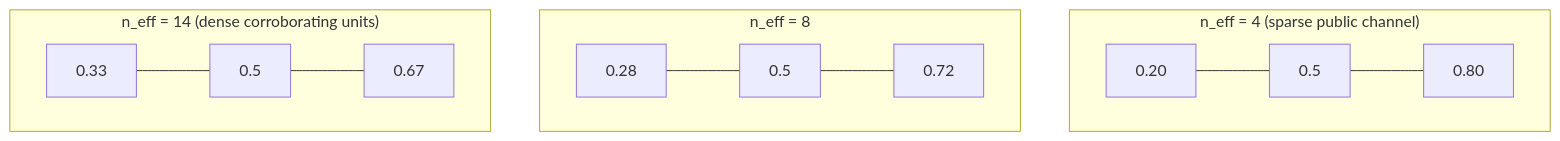
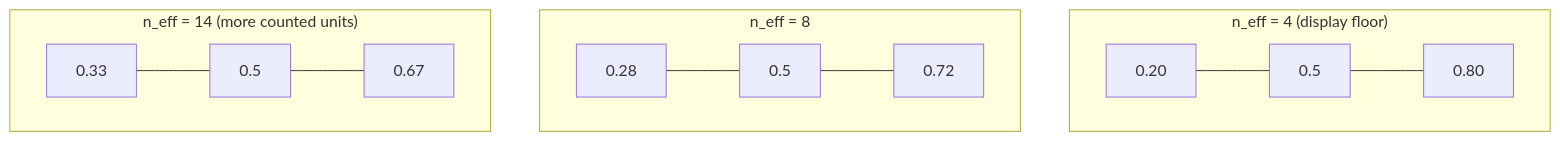
One commit to blisspixel/recon changed the third of 3 diagrams in docs/correlation.md. Above: the diagram before and after it, drawn with Mermaid. The commit also changed other lines of this file and 4 other files, not shown here.

````diff
--- a/docs/correlation.md
+++ b/docs/correlation.md
@@ -472,12 +493,12 @@
 ```mermaid
 flowchart TB
-  subgraph sparse["n_eff = 4 (sparse public channel)"]
+  subgraph sparse["n_eff = 4 (display floor)"]
     sl["0.20"] --- sm["0.5"] --- sh["0.80"]
   end
   subgraph mid["n_eff = 8"]
     ml["0.28"] --- mm["0.5"] --- mh["0.72"]
   end
-  subgraph dense["n_eff = 14 (dense corroborating units)"]
+  subgraph dense["n_eff = 14 (more counted units)"]
     dl["0.33"] --- dm["0.5"] --- dh["0.67"]
   end
 ```
````
